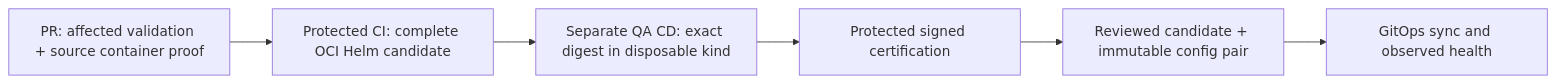
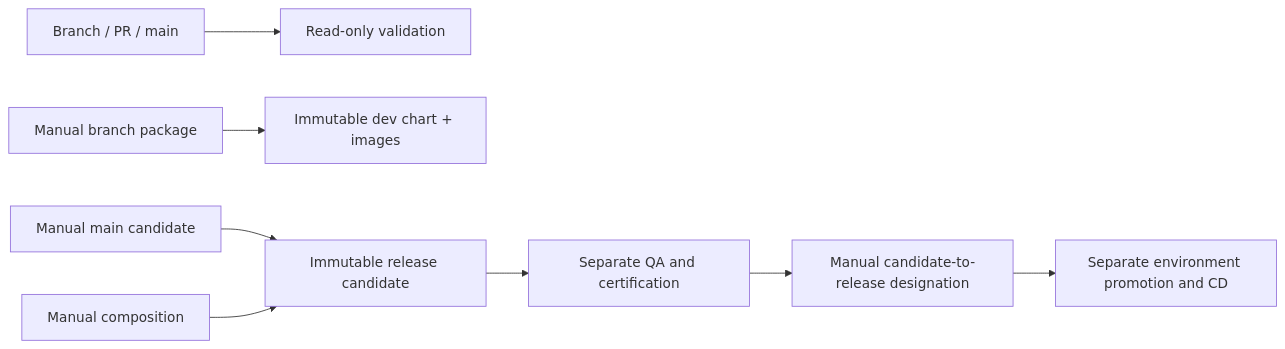
Before and after one commit to RPJWeez/delivery-reference-platform: the diagram in README.md, drawn with Mermaid. The commit also changed other lines of this file and 14 other files, not shown here.

Commit message:
Adopt deliberate dev packages and release lifecycle callers

````diff
--- a/README.md
+++ b/README.md
@@ -19,8 +19,10 @@
 ```mermaid
 flowchart LR
-  PR[PR: affected validation + source container proof] --> CI[Protected CI: complete OCI Helm candidate]
-  CI --> QA[Separate QA CD: exact digest in disposable kind]
-  QA --> Cert[Protected signed certification]
-  Cert --> Promote[Reviewed candidate + immutable config pair]
-  Promote --> Argo[GitOps sync and observed health]
+  Source[Branch / PR / main] --> Validate[Read-only validation]
+  Branch[Manual branch package] --> Dev[Immutable dev chart + images]
+  Main[Manual main candidate] --> RC[Immutable release candidate]
+  Compose[Manual composition] --> RC
+  RC --> QA[Separate QA and certification]
+  QA --> Promote[Manual candidate-to-release designation]
+  Promote --> CD[Separate environment promotion and CD]
 ```
````
